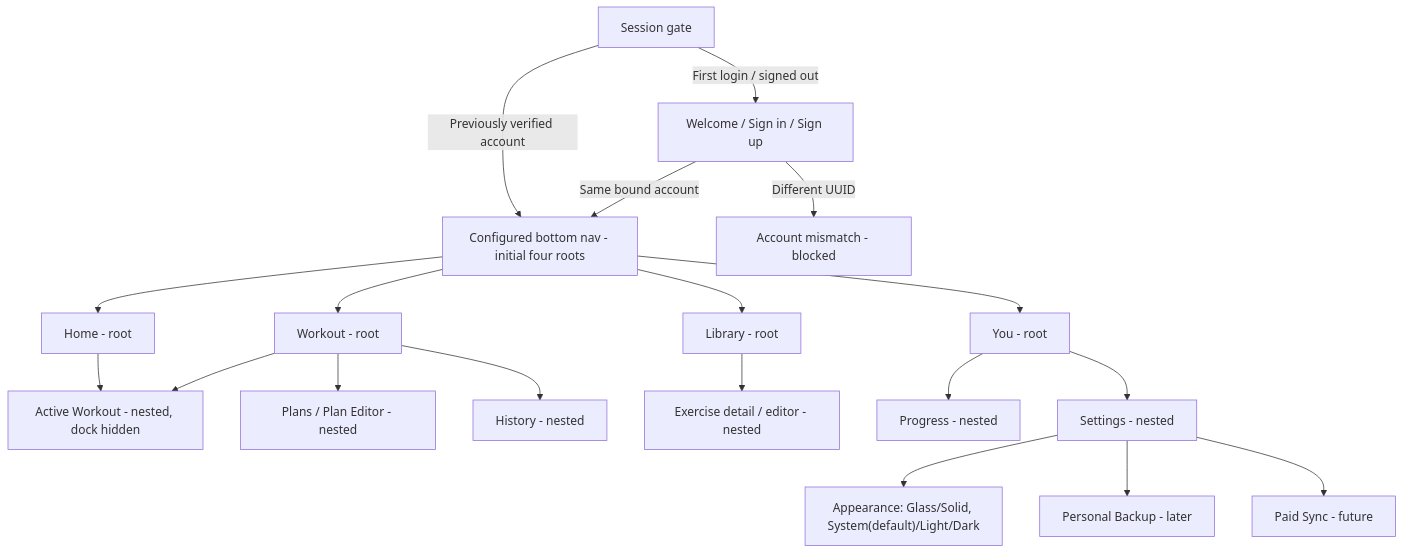
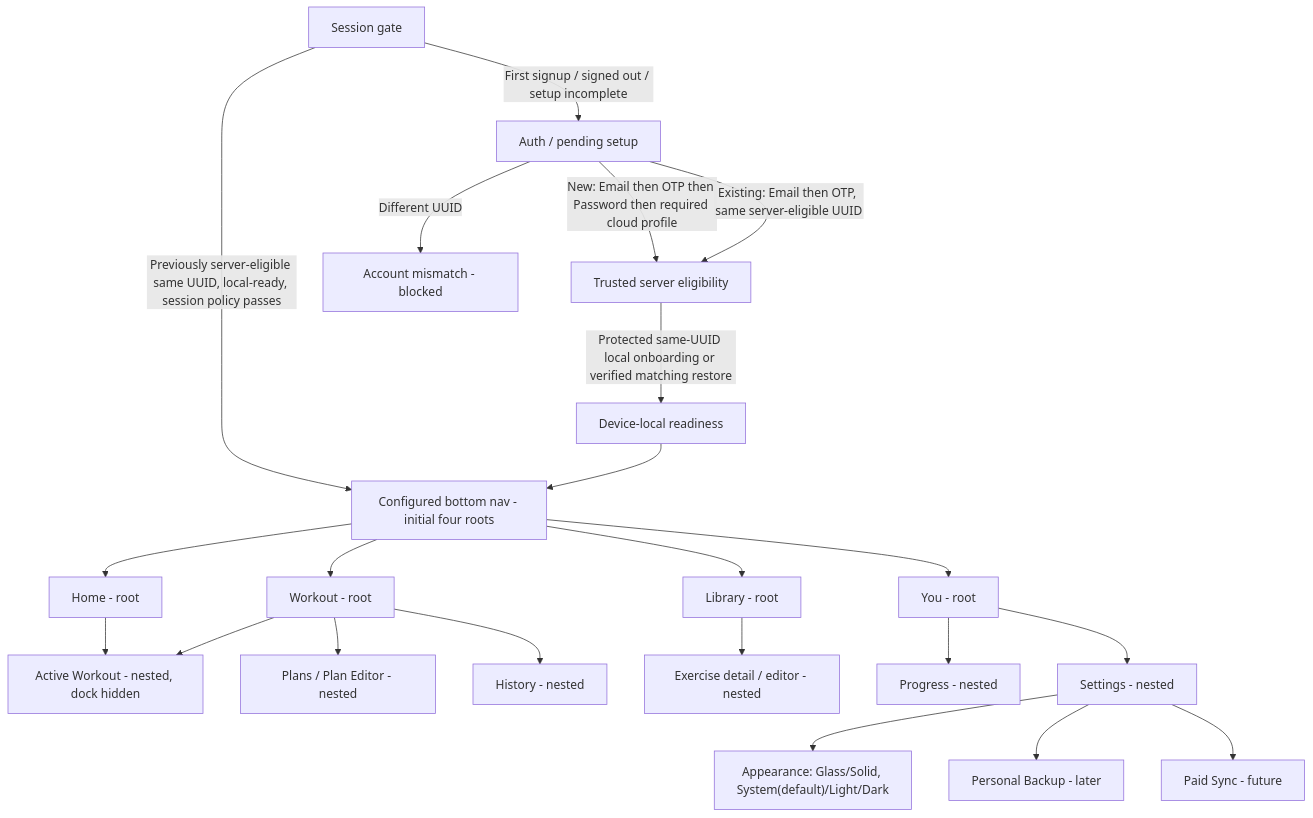
One commit to im-tnyx/Tio-Workspace changed the diagram in docs/20-MVP-UX-FLOWS.md. Above: the diagram before and after it, drawn with Mermaid. The commit also changed other lines of this file and 16 other files, not shown here.

First line of the commit message:
docs(docs): specify OTP-first Auth lifecycle (#24)

````diff
--- a/docs/20-MVP-UX-FLOWS.md
+++ b/docs/20-MVP-UX-FLOWS.md
@@ -17,21 +17,24 @@
 ```mermaid
 flowchart TD
-  S["Session gate"] -->|Previously verified account| Dock["Configured bottom nav - initial four roots"]
-  S -->|First login / signed out| Auth["Welcome / Sign in / Sign up"]
-  Auth -->|Same bound account| Dock
+  S["Session gate"] -->|Previously server-eligible same UUID, local-ready, session policy passes| Dock["Configured bottom nav - initial four roots"]
+  S -->|First signup / signed out / setup incomplete| Auth["Auth / pending setup"]
+  Auth -->|New: Email then OTP then Password then required cloud profile| Eligible["Trusted server eligibility"]
+  Auth -->|Existing: Email then OTP, same server-eligible UUID| Eligible
+  Eligible -->|Protected same-UUID local onboarding or verified matching restore| Ready["Device-local readiness"]
+  Ready --> Dock
   Auth -->|Different UUID| Denied["Account mismatch - blocked"]
   Dock --> Home["Home - root"]
   Dock --> Workout["Workout - root"]
   Dock --> Library["Library - root"]
   Dock --> You["You - root"]
   Home --> Active["Active Workout - nested, dock hidden"]
   Workout --> Plans["Plans / Plan Editor - nested"]
   Workout --> Active
   Workout --> History["History - nested"]
   Library --> Exercise["Exercise detail / editor - nested"]
   You --> Progress["Progress - nested"]
   You --> Settings["Settings - nested"]
   Settings --> Appear["Appearance: Glass/Solid, System(default)/Light/Dark"]
   Settings --> Backup["Personal Backup - later"]
   Settings --> Sync["Paid Sync - future"]
 ```
````
